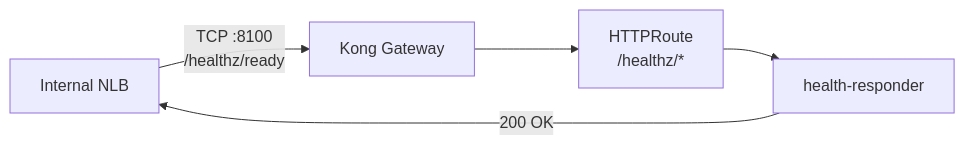
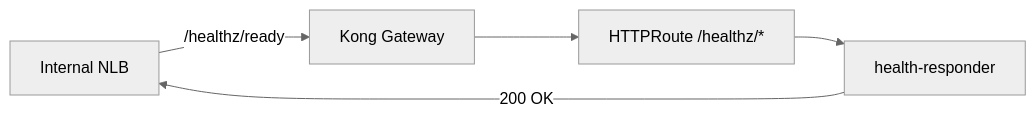
One commit to shanaka-versent/EKS-Kong-GatewayAPI-Demo changed the tenth of 12 diagrams in README.md. Above: the diagram before and after it, drawn with Mermaid. The commit also changed other lines of this file, not shown here.

First line of the commit message:
Update all Mermaid diagrams: grayscale theme, horizontal alignment, clean labels

````diff
--- a/README.md
+++ b/README.md
@@ -526,11 +539,12 @@
 ```mermaid
+%%{init: {'theme': 'neutral'}}%%
 flowchart LR
     NLB["Internal NLB"]
     Kong["Kong Gateway"]
-    HR["HTTPRoute\n/healthz/*"]
+    HR["HTTPRoute /healthz/*"]
     Health["health-responder"]
 
-    NLB -->|"TCP :8100\n/healthz/ready"| Kong
+    NLB -->|"/healthz/ready"| Kong
     Kong --> HR --> Health
     Health -->|"200 OK"| NLB
 ```
````
